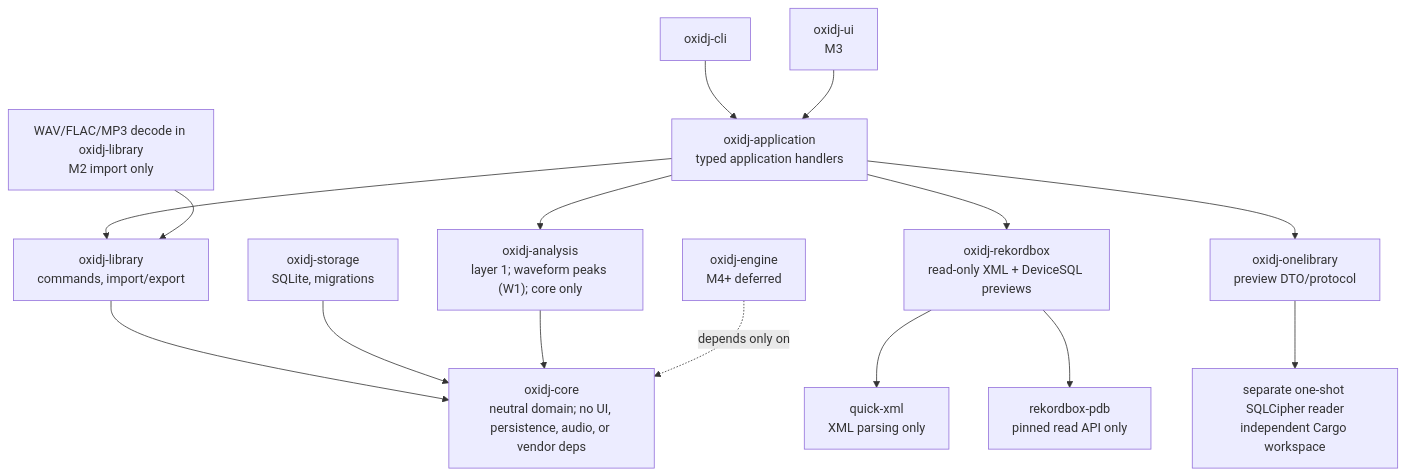
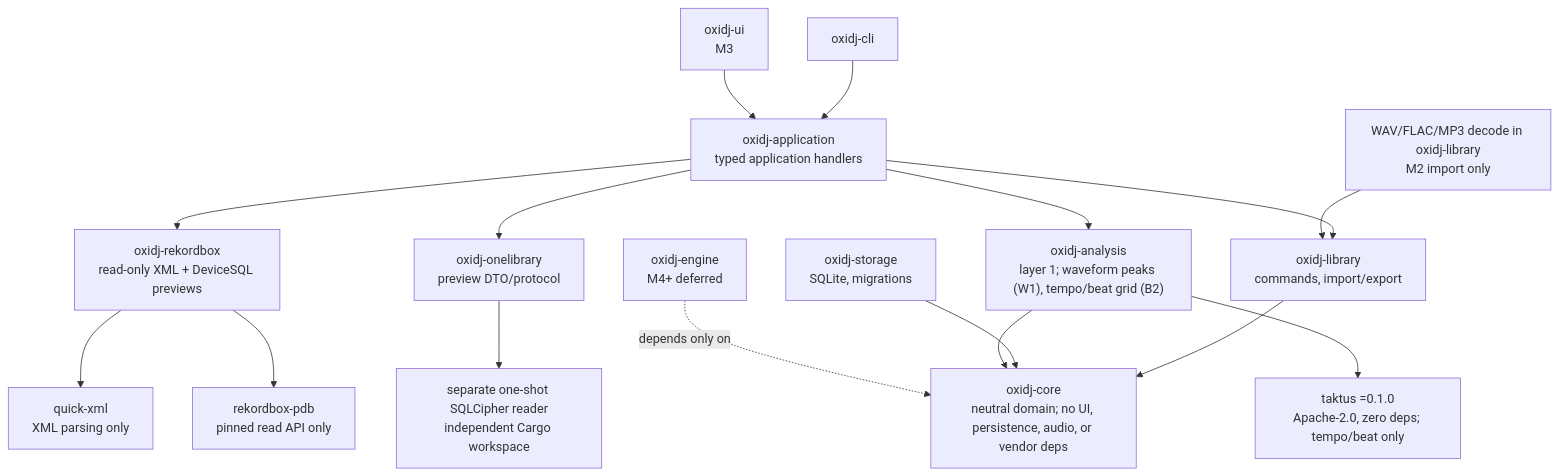
The diagram in docs/adr/004-crate-boundaries.md (Senci/oxidj), drawn with Mermaid before and after one commit. The commit also changed other lines of this file and 12 other files, not shown here.

````diff
--- a/docs/adr/004-crate-boundaries.md
+++ b/docs/adr/004-crate-boundaries.md
@@ -27,17 +27,18 @@
 ```mermaid
 flowchart TB
     cli["oxidj-cli"] --> app["oxidj-application<br/>typed application handlers"]
     ui["oxidj-ui<br/>M3"] --> app
     app --> library["oxidj-library<br/>commands, import/export"]
     app --> adapters["oxidj-rekordbox<br/>read-only XML + DeviceSQL previews"]
     app --> onelibrary["oxidj-onelibrary<br/>preview DTO/protocol"]
     app --> analysis
     onelibrary --> reader["separate one-shot SQLCipher reader<br/>independent Cargo workspace"]
     library --> core["oxidj-core<br/>neutral domain; no UI, persistence, audio, or vendor deps"]
     adapters --> xml["quick-xml<br/>XML parsing only"]
     adapters --> pdb["rekordbox-pdb<br/>pinned read API only"]
     storage["oxidj-storage<br/>SQLite, migrations"] --> core
-    analysis["oxidj-analysis<br/>layer 1; waveform peaks (W1); core only"] --> core
+    analysis["oxidj-analysis<br/>layer 1; waveform peaks (W1), tempo/beat grid (B2)"] --> core
+    analysis --> taktus["taktus =0.1.0<br/>Apache-2.0, zero deps; tempo/beat only"]
     audio["WAV/FLAC/MP3 decode in oxidj-library<br/>M2 import only"] --> library
     engine["oxidj-engine<br/>M4+ deferred"] -. "depends only on" .-> core
 ```
````
